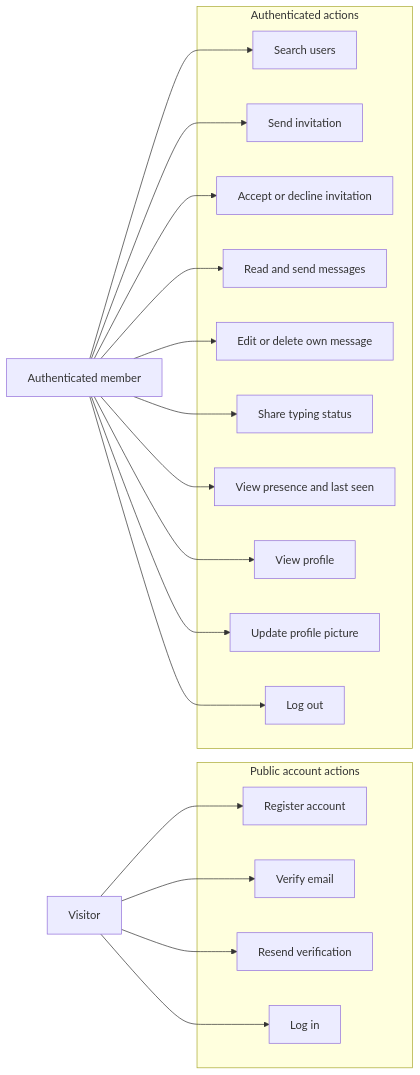
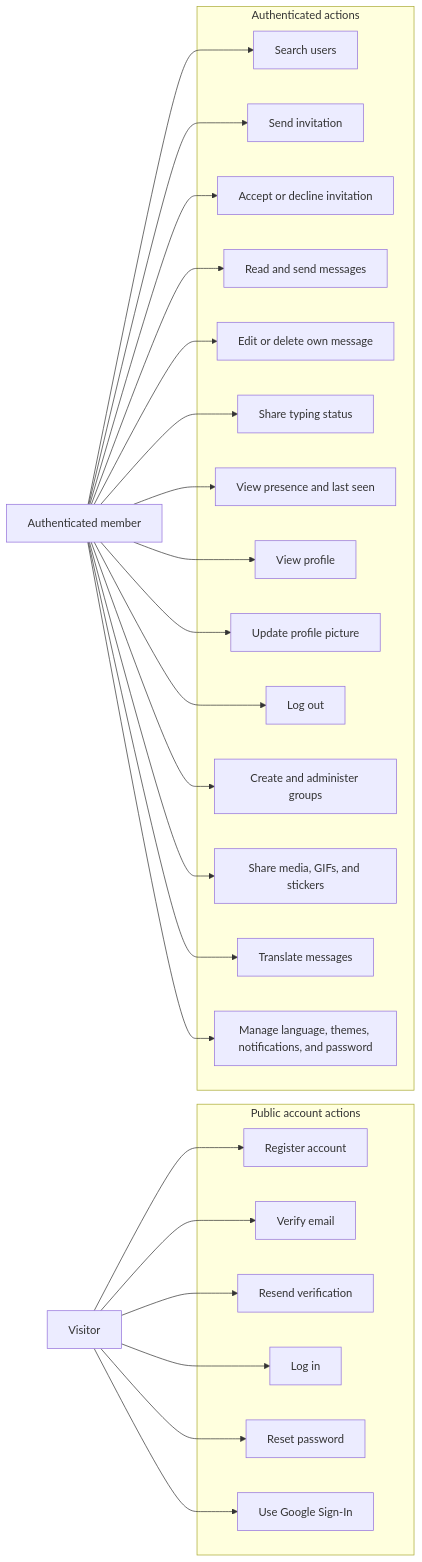
Before and after one commit to Saurav11343/click-chat: the second of 26 diagrams in docs/10-diagram-catalog.md, drawn with Mermaid. The commit also changed other lines of this file and 11 other files, not shown here.

Commit message:
update diagrams

````diff
--- a/docs/10-diagram-catalog.md
+++ b/docs/10-diagram-catalog.md
@@ -35,41 +41,53 @@
 ```mermaid
 flowchart LR
     Visitor["Visitor"]
     Member["Authenticated member"]
 
     subgraph Public["Public account actions"]
         Register["Register account"]
         Verify["Verify email"]
         Resend["Resend verification"]
         Login["Log in"]
+        Reset["Reset password"]
+        Google["Use Google Sign-In"]
     end
 
     subgraph Private["Authenticated actions"]
         Search["Search users"]
         Invite["Send invitation"]
         Respond["Accept or decline invitation"]
         Chat["Read and send messages"]
         Manage["Edit or delete own message"]
         Type["Share typing status"]
         Presence["View presence and last seen"]
         Profile["View profile"]
         Photo["Update profile picture"]
         Logout["Log out"]
+        Groups["Create and administer groups"]
+        Rich["Share media, GIFs, and stickers"]
+        Translate["Translate messages"]
+        Settings["Manage language, themes, notifications, and password"]
     end
 
     Visitor --> Register
     Visitor --> Verify
     Visitor --> Resend
     Visitor --> Login
+    Visitor --> Reset
+    Visitor --> Google
 
     Member --> Search
     Member --> Invite
     Member --> Respond
     Member --> Chat
     Member --> Manage
     Member --> Type
     Member --> Presence
     Member --> Profile
     Member --> Photo
     Member --> Logout
+    Member --> Groups
+    Member --> Rich
+    Member --> Translate
+    Member --> Settings
 ```
````
